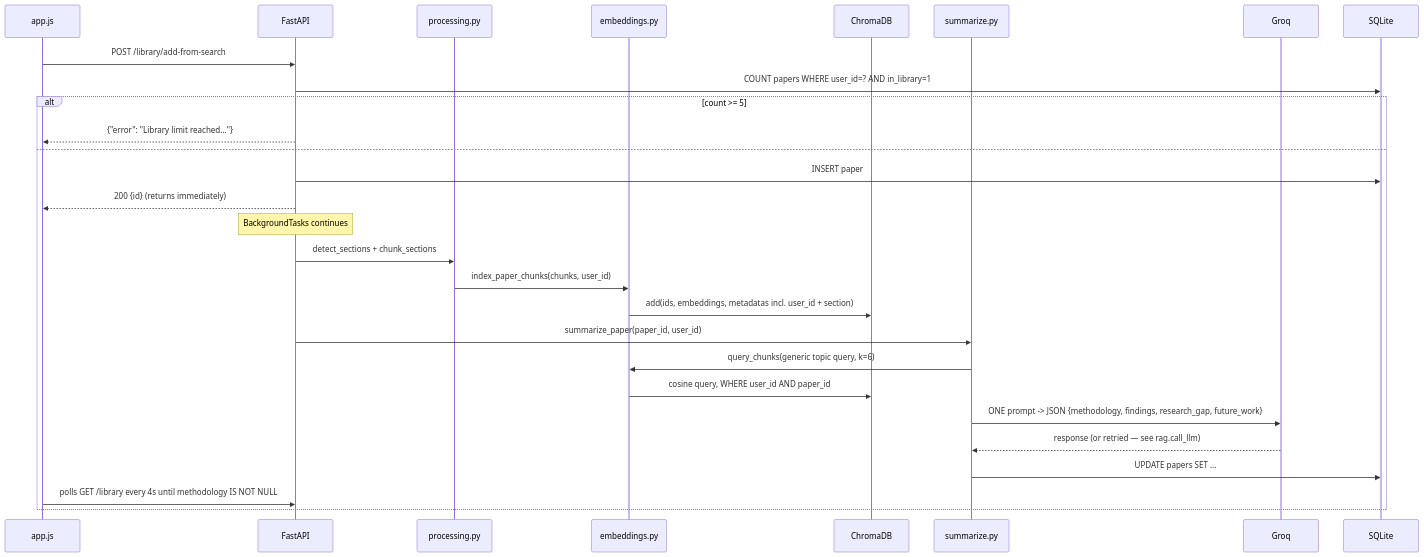
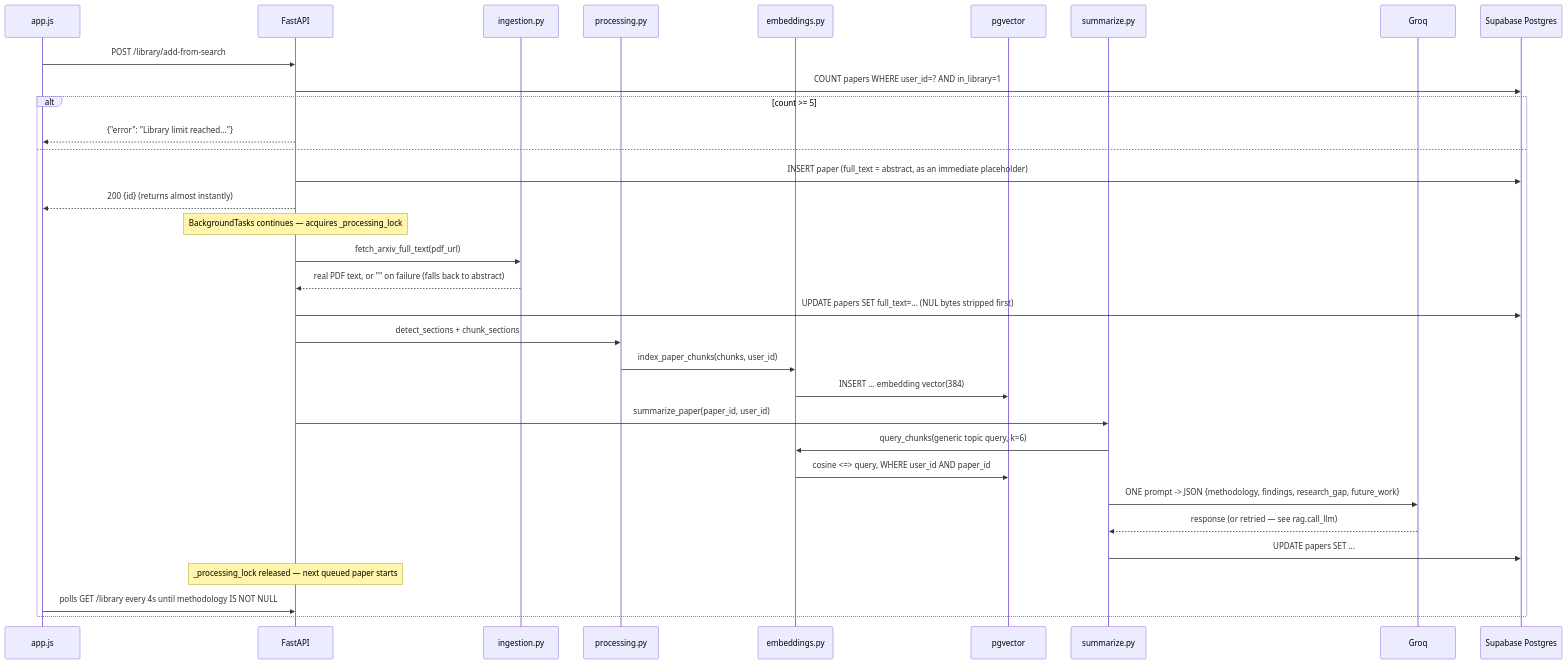
Before and after one commit to MOSHO1133/Echo: the third of 5 diagrams in README.md, drawn with Mermaid. The commit also changed other lines of this file, not shown here.

````diff
--- a/README.md
+++ b/README.md
@@ -247,30 +336,35 @@
 ```mermaid
 sequenceDiagram
     participant F as app.js
     participant A as FastAPI
+    participant I as ingestion.py
     participant P as processing.py
     participant E as embeddings.py
-    participant C as ChromaDB
+    participant V as pgvector
     participant S as summarize.py
     participant Gq as Groq
-    participant D as SQLite
+    participant D as Supabase Postgres
     F->>A: POST /library/add-from-search
     A->>D: COUNT papers WHERE user_id=? AND in_library=1
     alt count >= 5
         A-->>F: {"error": "Library limit reached..."}
     else
-        A->>D: INSERT paper
-        A-->>F: 200 {id} (returns immediately)
-        Note over A: BackgroundTasks continues
+        A->>D: INSERT paper (full_text = abstract, as an immediate placeholder)
+        A-->>F: 200 {id} (returns almost instantly)
+        Note over A: BackgroundTasks continues — acquires _processing_lock
+        A->>I: fetch_arxiv_full_text(pdf_url)
+        I-->>A: real PDF text, or "" on failure (falls back to abstract)
+        A->>D: UPDATE papers SET full_text=... (NUL bytes stripped first)
         A->>P: detect_sections + chunk_sections
         P->>E: index_paper_chunks(chunks, user_id)
-        E->>C: add(ids, embeddings, metadatas incl. user_id + section)
+        E->>V: INSERT ... embedding vector(384)
         A->>S: summarize_paper(paper_id, user_id)
         S->>E: query_chunks(generic topic query, k=6)
-        E->>C: cosine query, WHERE user_id AND paper_id
+        E->>V: cosine <=> query, WHERE user_id AND paper_id
         S->>Gq: ONE prompt -> JSON {methodology, findings, research_gap, future_work}
         Gq-->>S: response (or retried — see rag.call_llm)
         S->>D: UPDATE papers SET ...
+        Note over A: _processing_lock released — next queued paper starts
         F->>A: polls GET /library every 4s until methodology IS NOT NULL
     end
 ```
````
